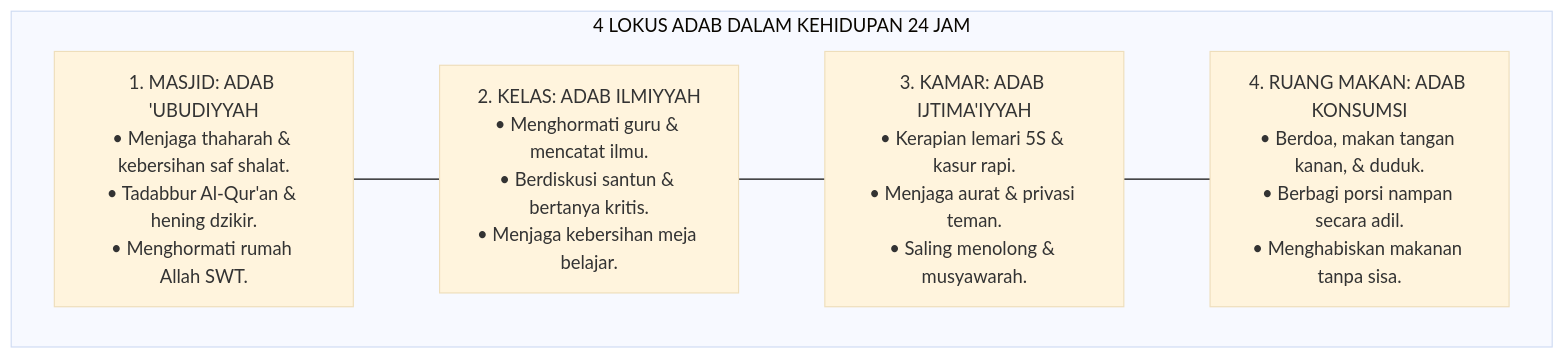
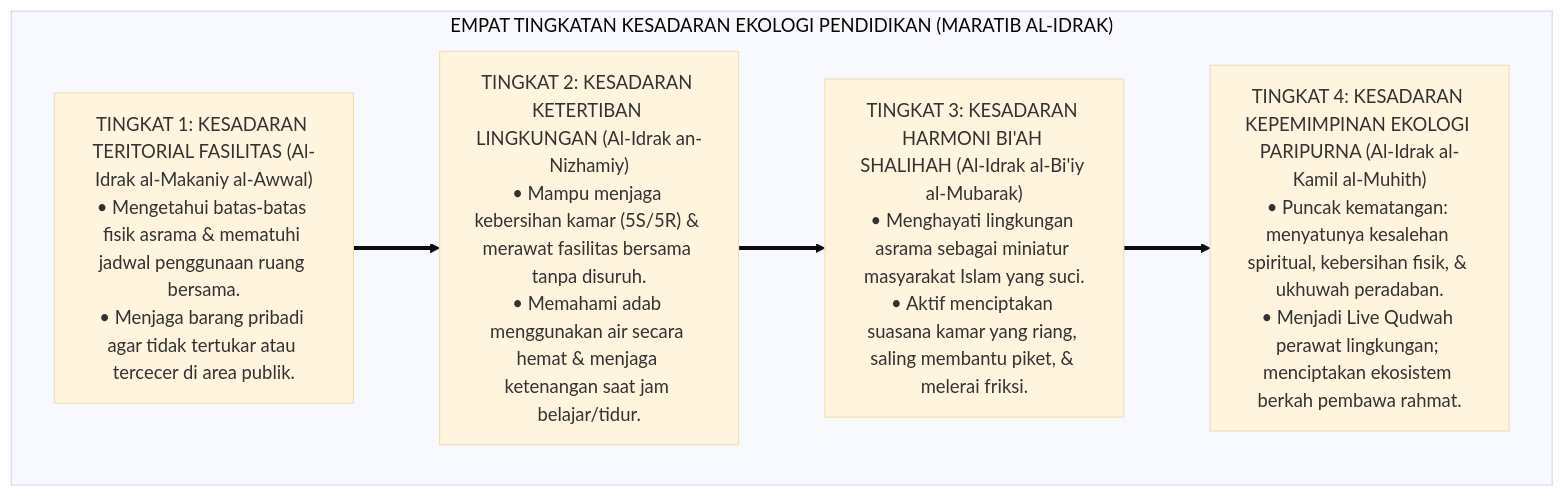
One commit to wandiapriliyandi/tumbuh changed the third of 4 diagrams in 01 Philosophy/04 Education/P1-04-06-Desain-Ekologi-Pendidikan-Biah-Shalihah-24-Jam.md. Above: the diagram before and after it, drawn with Mermaid (base theme). The commit also changed other lines of this file and 7 other files, not shown here.

````diff
--- a/01 Philosophy/04 Education/P1-04-06-Desain-Ekologi-Pendidikan-Biah-Shalihah-24-Jam.md
+++ b/01 Philosophy/04 Education/P1-04-06-Desain-Ekologi-Pendidikan-Biah-Shalihah-24-Jam.md
@@ -133,14 +145,15 @@
 ```mermaid
 flowchart TD
-    subgraph EmpatLokusAdabPesantren["4 LOKUS ADAB DALAM KEHIDUPAN 24 JAM"]
-        L1["1. MASJID: ADAB 'UBUDIYYAH<br/>• Menjaga thaharah & kebersihan saf shalat.<br/>• Tadabbur Al-Qur'an & hening dzikir.<br/>• Menghormati rumah Allah SWT."]
+    subgraph TingkatanKesadaranEkologi["EMPAT TINGKATAN KESADARAN EKOLOGI PENDIDIKAN (MARATIB AL-IDRAK)"]
         
-        L2["2. KELAS: ADAB ILMIYYAH<br/>• Menghormati guru & mencatat ilmu.<br/>• Berdiskusi santun & bertanya kritis.<br/>• Menjaga kebersihan meja belajar."]
+        B1_Eco["TINGKAT 1: KESADARAN TERITORIAL FASILITAS (Al-Idrak al-Makaniy al-Awwal)<br/>• Mengetahui batas-batas fisik asrama & mematuhi jadwal penggunaan ruang bersama.<br/>• Menjaga barang pribadi agar tidak tertukar atau tercecer di area publik."]
         
-        L3["3. KAMAR: ADAB IJTIMA'IYYAH<br/>• Kerapian lemari 5S & kasur rapi.<br/>• Menjaga aurat & privasi teman.<br/>• Saling menolong & musyawarah."]
+        B2_Eco["TINGKAT 2: KESADARAN KETERTIBAN LINGKUNGAN (Al-Idrak an-Nizhamiy)<br/>• Mampu menjaga kebersihan kamar (5S/5R) & merawat fasilitas bersama tanpa disuruh.<br/>• Memahami adab menggunakan air secara hemat & menjaga ketenangan saat jam belajar/tidur."]
         
-        L4["4. RUANG MAKAN: ADAB KONSUMSI<br/>• Berdoa, makan tangan kanan, & duduk.<br/>• Berbagi porsi nampan secara adil.<br/>• Menghabiskan makanan tanpa sisa."]
+        B3_Eco["TINGKAT 3: KESADARAN HARMONI BI'AH SHALIHAH (Al-Idrak al-Bi'iy al-Mubarak)<br/>• Menghayati lingkungan asrama sebagai miniatur masyarakat Islam yang suci.<br/>• Aktif menciptakan suasana kamar yang riang, saling membantu piket, & melerai friksi."]
         
-        L1 --- L2 --- L3 --- L4
+        B4_Eco["TINGKAT 4: KESADARAN KEPEMIMPINAN EKOLOGI PARIPURNA (Al-Idrak al-Kamil al-Muhith)<br/>• Puncak kematangan: menyatunya kesalehan spiritual, kebersihan fisik, & ukhuwah peradaban.<br/>• Menjadi Live Qudwah perawat lingkungan; menciptakan ekosistem berkah pembawa rahmat."]
+        
+        B1_Eco ==> B2_Eco ==> B3_Eco ==> B4_Eco
     end
 ```
````
